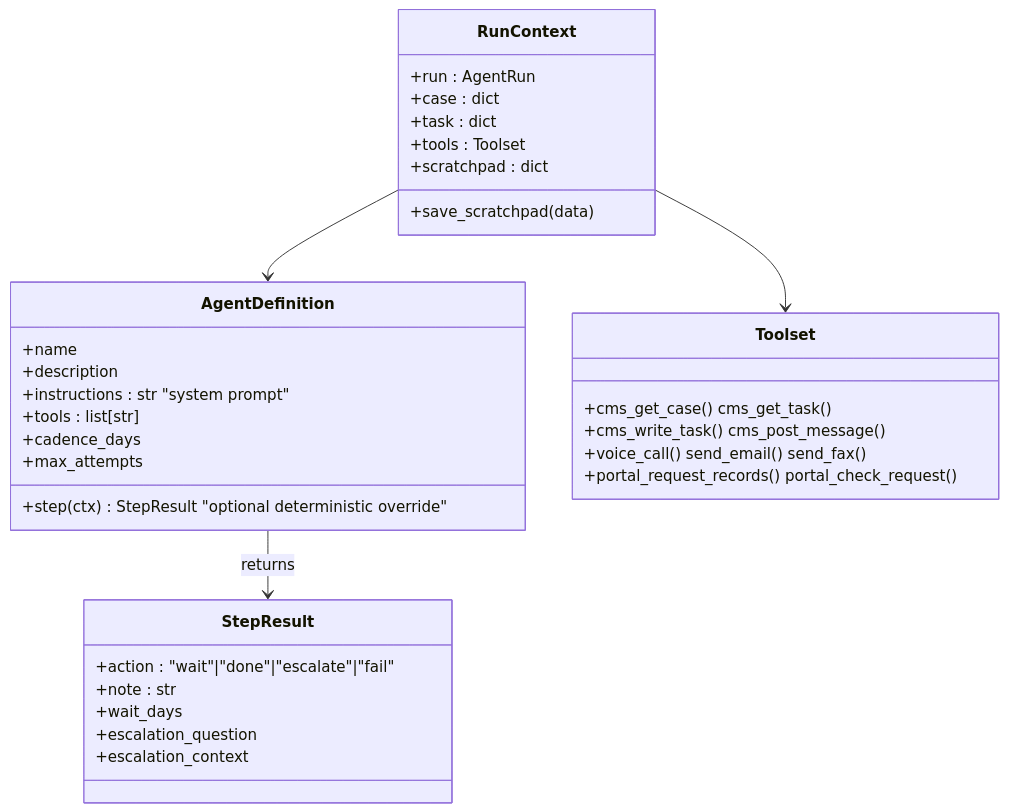
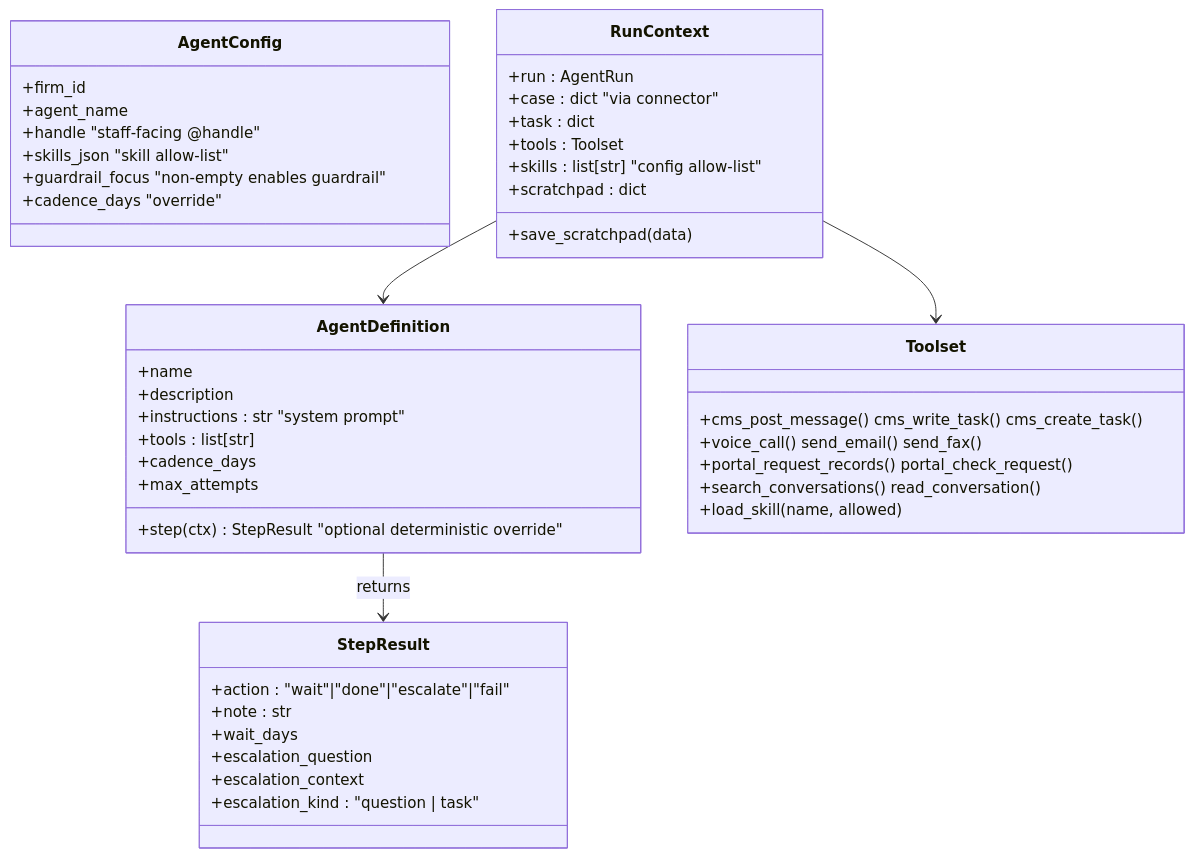
The sixth of 8 diagrams in GUIDE.md (rehanvipin/aigent-dploy), drawn with Mermaid before and after one commit. The commit also changed other lines of this file and 30 other files, not shown here.

Commit message:
redesign architecture

````diff
--- a/GUIDE.md
+++ b/GUIDE.md
@@ -287,36 +383,47 @@
 ```mermaid
 classDiagram
     class AgentDefinition {
         +name
         +description
         +instructions : str "system prompt"
         +tools : list[str]
         +cadence_days
         +max_attempts
         +step(ctx) StepResult "optional deterministic override"
     }
+    class AgentConfig {
+        +firm_id
+        +agent_name
+        +handle "staff-facing @handle"
+        +skills_json "skill allow-list"
+        +guardrail_focus "non-empty enables guardrail"
+        +cadence_days "override"
+    }
     class RunContext {
         +run : AgentRun
-        +case : dict
+        +case : dict "via connector"
         +task : dict
         +tools : Toolset
+        +skills : list[str] "config allow-list"
         +scratchpad : dict
         +save_scratchpad(data)
     }
     class StepResult {
         +action : "wait"|"done"|"escalate"|"fail"
         +note : str
         +wait_days
         +escalation_question
         +escalation_context
+        +escalation_kind : "question | task"
     }
     class Toolset {
-        +cms_get_case() cms_get_task()
-        +cms_write_task() cms_post_message()
+        +cms_post_message() cms_write_task() cms_create_task()
         +voice_call() send_email() send_fax()
         +portal_request_records() portal_check_request()
+        +search_conversations() read_conversation()
+        +load_skill(name, allowed)
     }
     RunContext --> AgentDefinition
     RunContext --> Toolset
     AgentDefinition --> StepResult : returns
 ```
````
